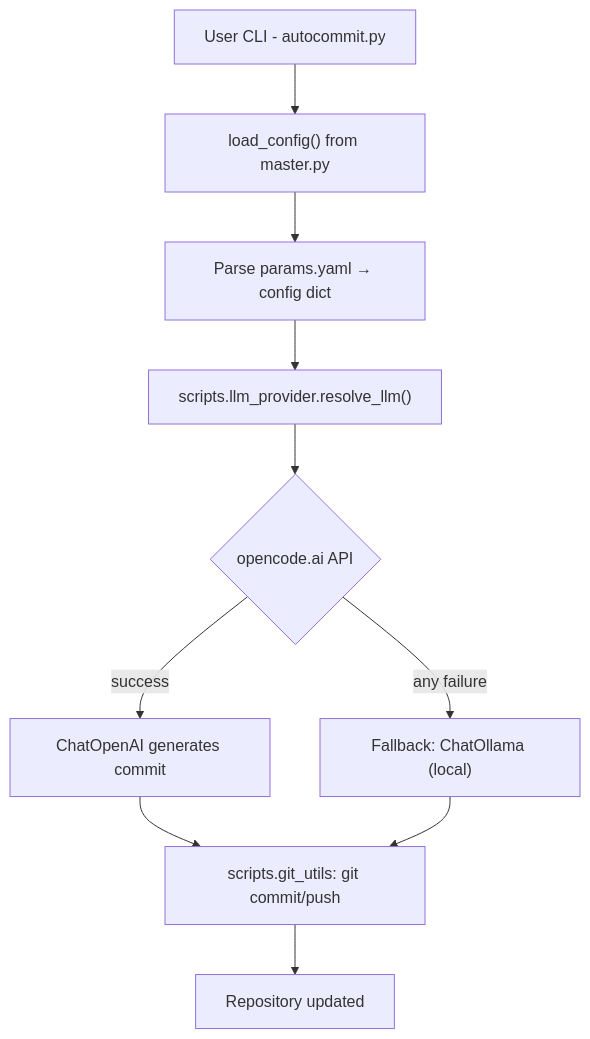
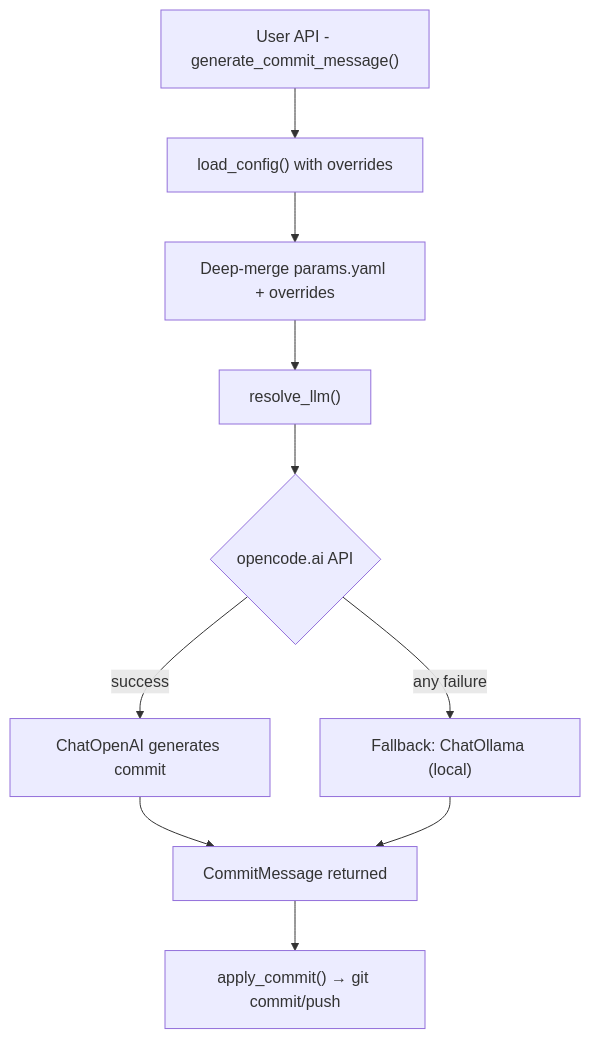
The diagram in README.md (brandon-benge/langchain_autocommit), drawn with Mermaid before and after one commit. The commit also changed other lines of this file and 27 other files, not shown here.

````diff
--- a/README.md
+++ b/README.md
@@ -31,12 +250,12 @@
 ```mermaid
 flowchart TD
-    A["User CLI - autocommit.py"] --> B["load_config() from master.py"]
-    B --> C["Parse params.yaml → config dict"]
-    C --> D["scripts.llm_provider.resolve_llm()"]
+    A["User API - generate_commit_message()"] --> B["load_config() with overrides"]
+    B --> C["Deep-merge params.yaml + overrides"]
+    C --> D["resolve_llm()"]
     D --> E{"opencode.ai API"}
     E -->|"success"| F["ChatOpenAI generates commit"]
     E -->|"any failure"| G["Fallback: ChatOllama (local)"]
-    F --> H["scripts.git_utils: git commit/push"]
+    F --> H["CommitMessage returned"]
     G --> H
-    H --> I["Repository updated"]
+    H --> I["apply_commit() → git commit/push"]
 ```
````
